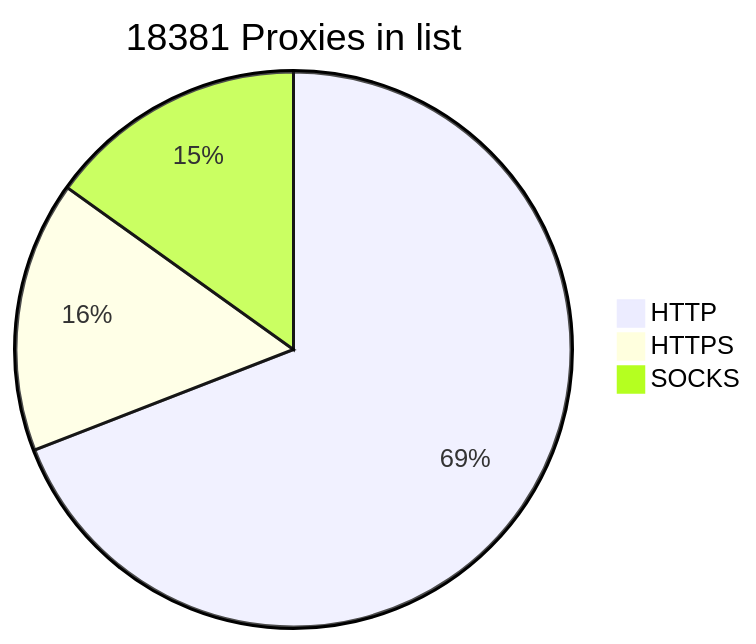
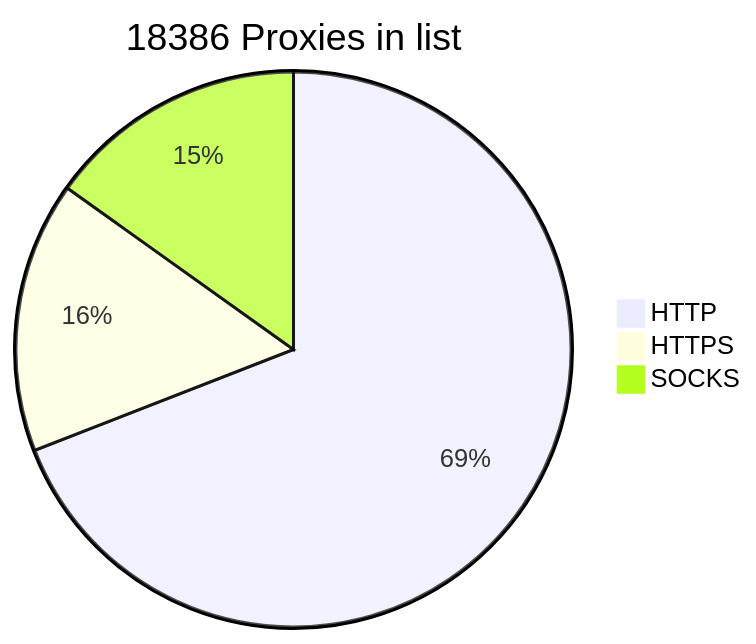
The diagram in README.md (BlackSnowDot/proxylist-update-every-minute), drawn with Mermaid before and after one commit.

````diff
--- a/README.md
+++ b/README.md
@@ -2,6 +2,6 @@
 ```mermaid
-pie title 18381 Proxies in list
+pie title 18386 Proxies in list
     "HTTP" : 13700
     "HTTPS": 3129
-    "SOCKS" : 2996
+    "SOCKS" : 3001
 ```
````
